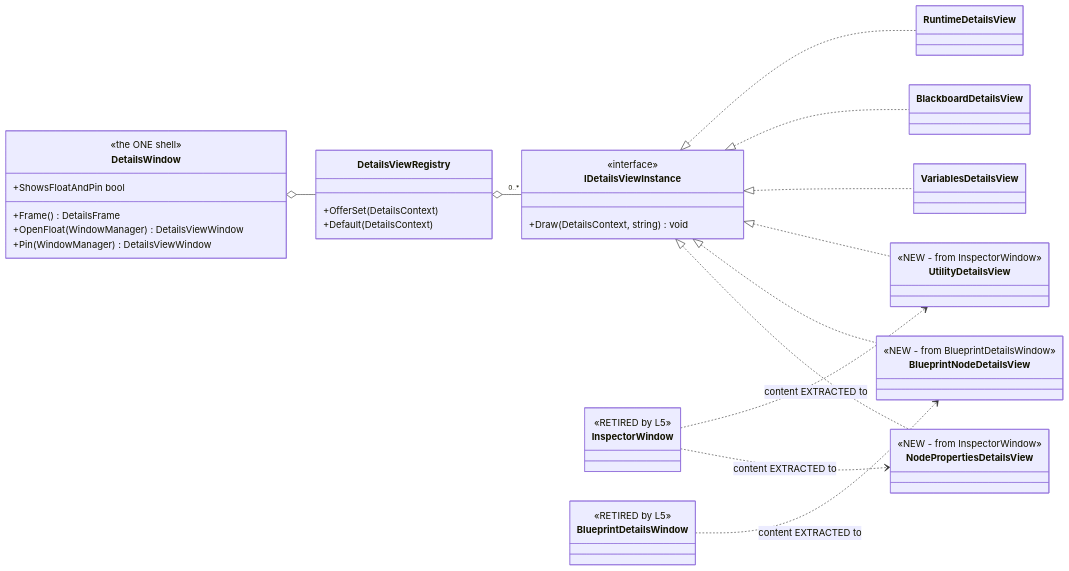
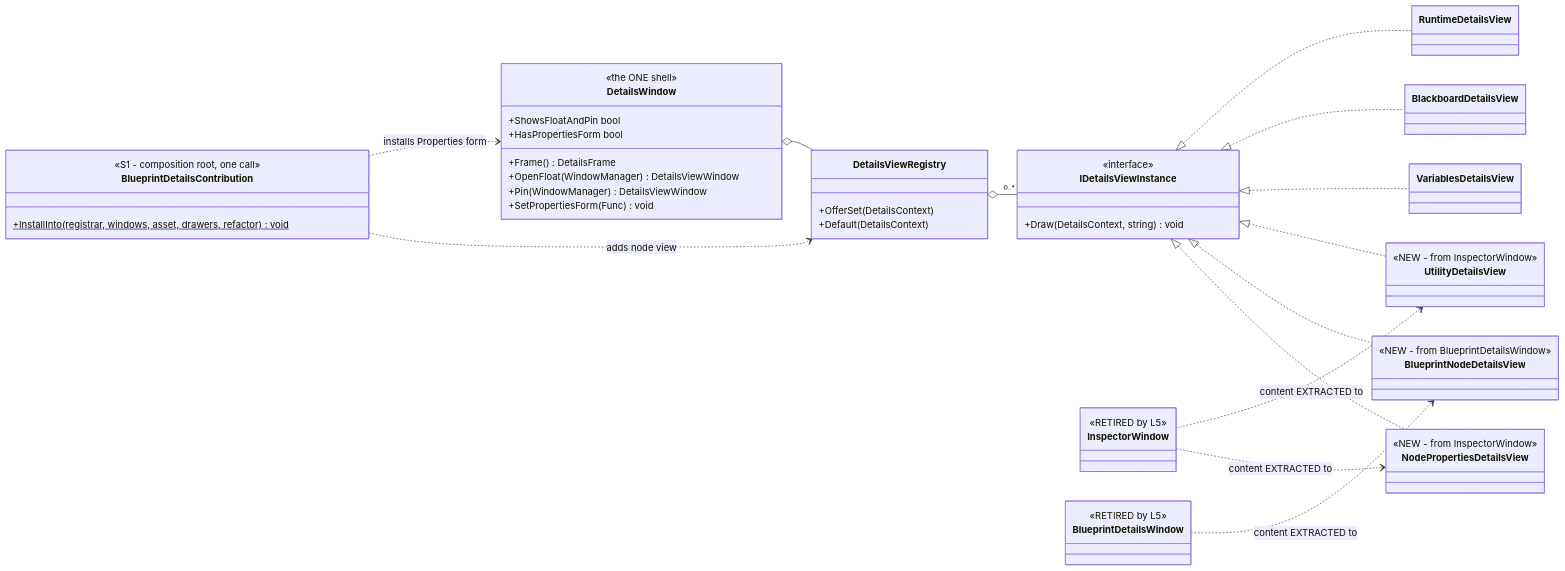
The ninth of 10 diagrams in docs/blueprints/DESIGN_Details_Panel_View_Switching.md (pjanec/HROT), drawn with Mermaid before and after one commit. The commit also changed other lines of this file and 23 other files, not shown here.

First line of the commit message:
S1 (BP-399): one Details shell on all four perspectives

````diff
--- a/docs/blueprints/DESIGN_Details_Panel_View_Switching.md
+++ b/docs/blueprints/DESIGN_Details_Panel_View_Switching.md
@@ -687,54 +699,63 @@
 ```mermaid
 classDiagram
     direction LR
 
     class DetailsWindow {
         <<the ONE shell>>
         +Frame() DetailsFrame
         +OpenFloat(WindowManager) DetailsViewWindow
         +Pin(WindowManager) DetailsViewWindow
         +ShowsFloatAndPin bool
+        +SetPropertiesForm(Func) void
+        +HasPropertiesForm bool
+    }
+    class BlueprintDetailsContribution {
+        <<S1 - composition root, one call>>
+        +InstallInto(registrar, windows, asset, drawers, refactor)$ void
     }
     class DetailsViewRegistry {
         +OfferSet(DetailsContext)
         +Default(DetailsContext)
     }
     class IDetailsViewInstance {
         <<interface>>
         +Draw(DetailsContext, string) void
     }
 
     class NodePropertiesDetailsView {
         <<NEW - from InspectorWindow>>
     }
     class BlueprintNodeDetailsView {
         <<NEW - from BlueprintDetailsWindow>>
     }
     class UtilityDetailsView {
         <<NEW - from InspectorWindow>>
     }
     class VariablesDetailsView
     class BlackboardDetailsView
     class RuntimeDetailsView
 
     class InspectorWindow {
         <<RETIRED by L5>>
     }
     class BlueprintDetailsWindow {
         <<RETIRED by L5>>
     }
 
     DetailsWindow o-- DetailsViewRegistry
     DetailsViewRegistry o-- "0..*" IDetailsViewInstance
 
     IDetailsViewInstance <|.. NodePropertiesDetailsView
     IDetailsViewInstance <|.. BlueprintNodeDetailsView
     IDetailsViewInstance <|.. UtilityDetailsView
     IDetailsViewInstance <|.. VariablesDetailsView
     IDetailsViewInstance <|.. BlackboardDetailsView
     IDetailsViewInstance <|.. RuntimeDetailsView
 
     InspectorWindow ..> NodePropertiesDetailsView : content EXTRACTED to
     InspectorWindow ..> UtilityDetailsView : content EXTRACTED to
     BlueprintDetailsWindow ..> BlueprintNodeDetailsView : content EXTRACTED to
+
+    BlueprintDetailsContribution ..> DetailsViewRegistry : adds node view
+    BlueprintDetailsContribution ..> DetailsWindow : installs Properties form
 ```
````
